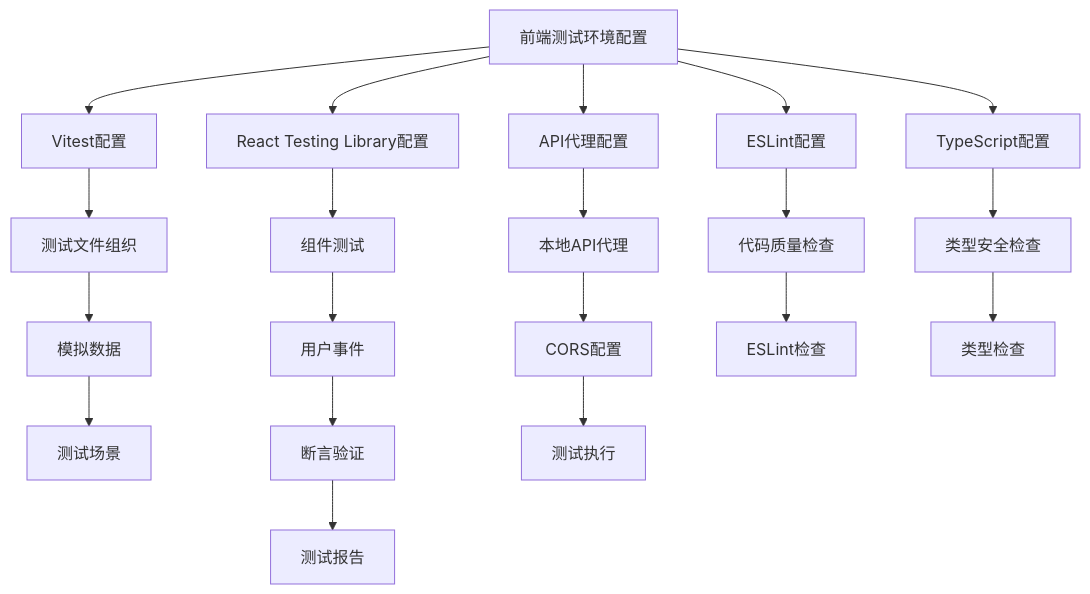
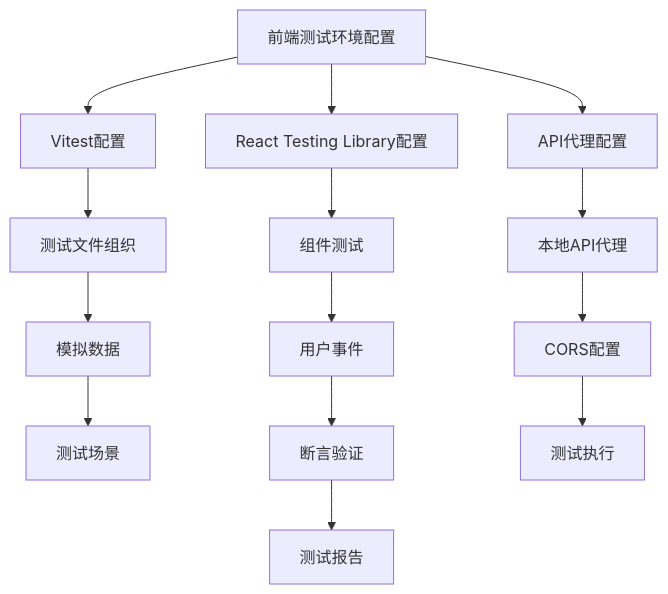
Diagram 18 of 18 in .qoder/repowiki/zh/content/核心功能开发/测试策略.md (gree-coder/fund-butler), drawn with Mermaid before and after one commit. The commit also changed other lines of this file and 21 other files, not shown here.

````diff
--- a/.qoder/repowiki/zh/content/核心功能开发/测试策略.md
+++ b/.qoder/repowiki/zh/content/核心功能开发/测试策略.md
@@ -886,22 +611,16 @@
 ```mermaid
 flowchart TD
 FrontendTestSetup[前端测试环境配置] --> VitestConfig[Vitest配置]
 FrontendTestSetup --> RTLConfig[React Testing Library配置]
 FrontendTestSetup --> ProxyConfig[API代理配置]
-FrontendTestSetup --> ESLintConfig[ESLint配置]
-FrontendTestSetup --> TypeCheckConfig[TypeScript配置]
 VitestConfig --> TestFiles[测试文件组织]
 RTLConfig --> ComponentTesting[组件测试]
 ProxyConfig --> LocalAPI[本地API代理]
-ESLintConfig --> CodeQuality[代码质量检查]
-TypeCheckConfig --> TypeSafety[类型安全检查]
 TestFiles --> MockData[模拟数据]
 ComponentTesting --> UserEvents[用户事件]
 LocalAPI --> CORS[CORS配置]
 MockData --> TestScenarios[测试场景]
 UserEvents --> Assertions[断言验证]
 CORS --> TestExecution[测试执行]
 Assertions --> TestReporting[测试报告]
-CodeQuality --> ESLintCheck[ESLint检查]
-TypeSafety --> TypeCheck[类型检查]
 ```
````
